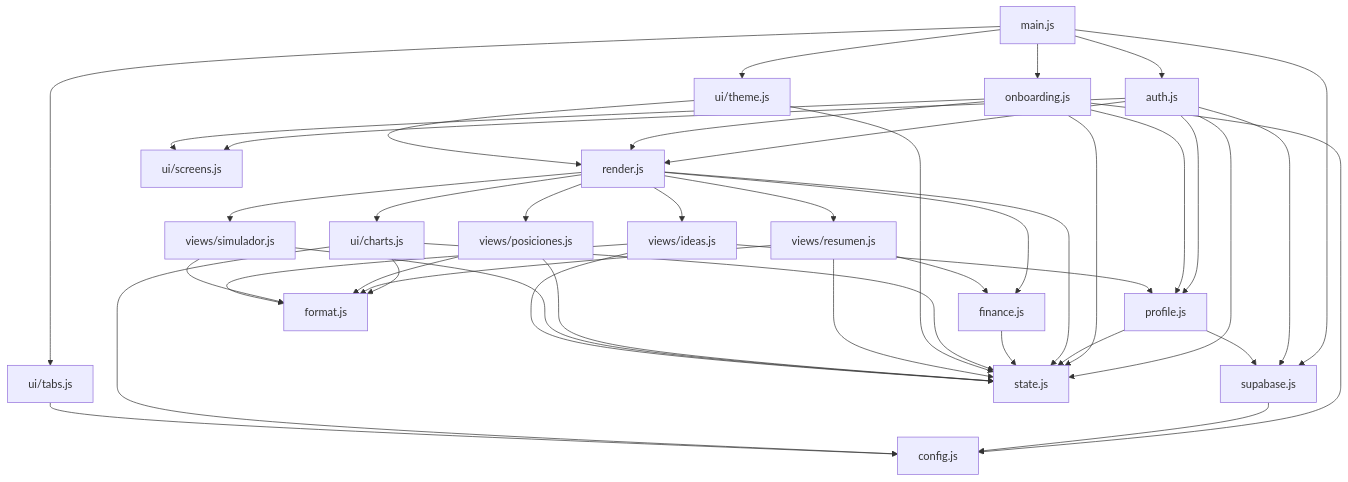
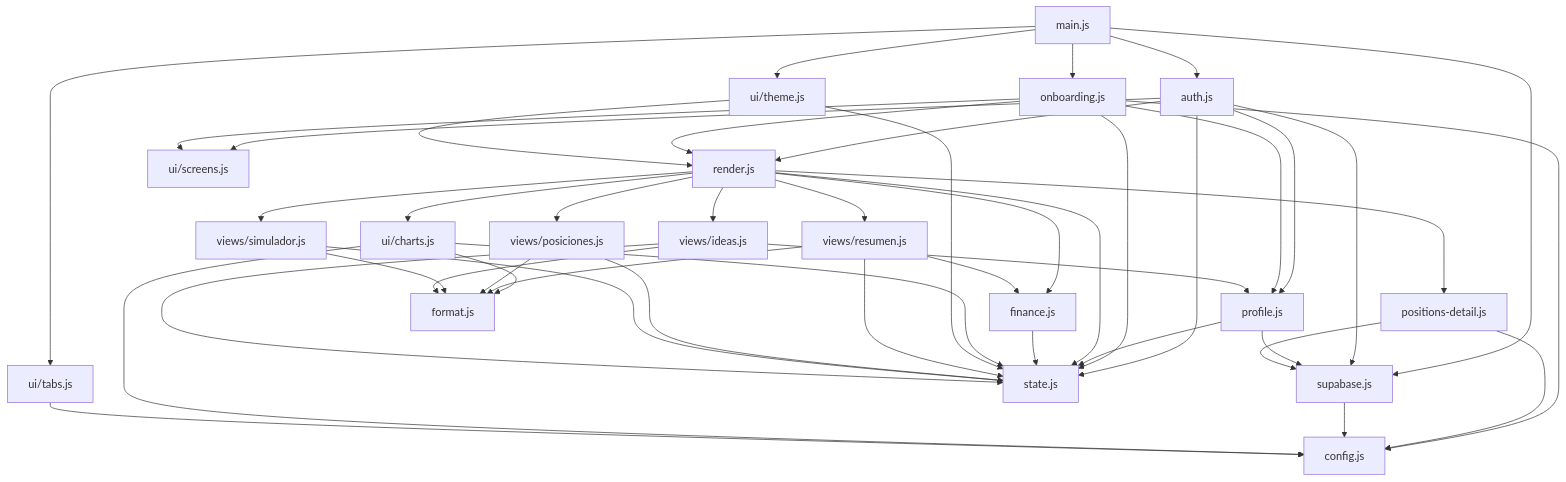
The diagram in docs/ARQUITECTURA.md (felipeimpieri/IBRK-app), drawn with Mermaid before and after one commit. The commit also changed other lines of this file and 5 other files, not shown here.

````diff
--- a/docs/ARQUITECTURA.md
+++ b/docs/ARQUITECTURA.md
@@ -30,45 +67,48 @@
 ```mermaid
 graph TD
   main[main.js] --> auth[auth.js]
   main --> supabase[supabase.js]
   main --> onboarding[onboarding.js]
   main --> ui_theme[ui/theme.js]
   main --> ui_tabs[ui/tabs.js]
   auth --> profile[profile.js]
   auth --> render[render.js]
   auth --> state[state.js]
   auth --> supabase
   auth --> ui_screens[ui/screens.js]
   onboarding --> config[config.js]
   onboarding --> profile
   onboarding --> render
   onboarding --> state
   onboarding --> ui_screens
   profile --> state
   profile --> supabase
   render --> finance[finance.js]
+  render --> posdetail[positions-detail.js]
   render --> state
   render --> ui_charts[ui/charts.js]
   render --> v_resumen[views/resumen.js]
   render --> v_posiciones[views/posiciones.js]
   render --> v_simulador[views/simulador.js]
   render --> v_ideas[views/ideas.js]
+  posdetail --> config
+  posdetail --> supabase
   finance --> state
   supabase --> config
   ui_charts --> config
   ui_charts --> format[format.js]
   ui_charts --> state
   ui_tabs --> config
   ui_theme --> render
   ui_theme --> state
   v_resumen --> finance
   v_resumen --> format
   v_resumen --> state
   v_posiciones --> format
   v_posiciones --> state
   v_simulador --> format
   v_simulador --> state
   v_ideas --> format
   v_ideas --> profile
   v_ideas --> state
 ```
````
